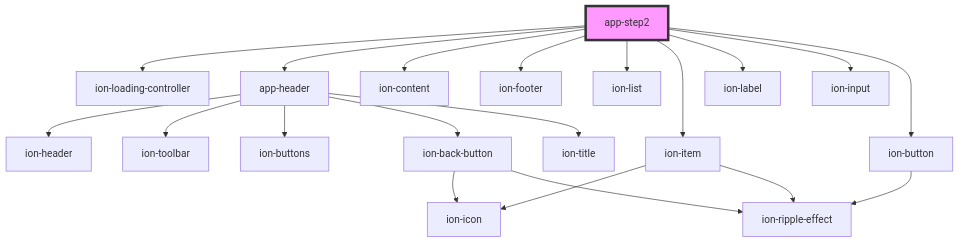
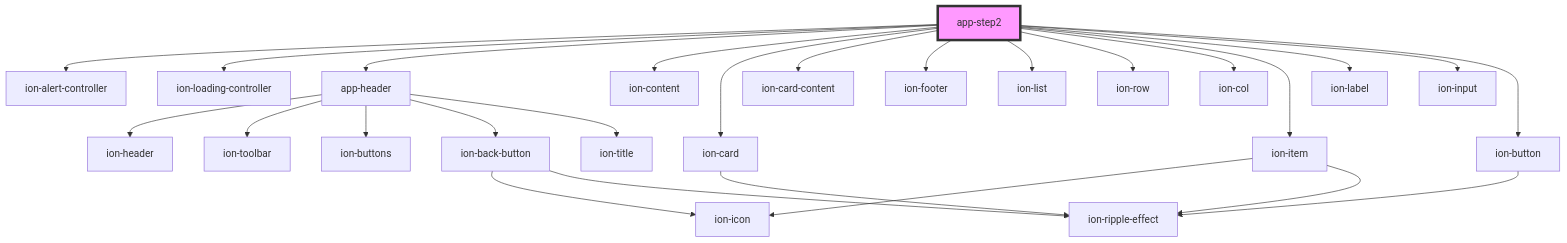
Before and after one commit to cuenca-mx/cuenca-shipping: the diagram in src/components/app-step2/readme.md, drawn with Mermaid. The commit also changed other lines of this file and 15 other files, not shown here.

````diff
--- a/src/components/app-step2/readme.md
+++ b/src/components/app-step2/readme.md
@@ -30,23 +37,29 @@
 ```mermaid
 graph TD;
+  app-step2 --> ion-alert-controller
   app-step2 --> ion-loading-controller
   app-step2 --> app-header
   app-step2 --> ion-content
+  app-step2 --> ion-card
+  app-step2 --> ion-card-content
   app-step2 --> ion-footer
   app-step2 --> ion-list
+  app-step2 --> ion-row
+  app-step2 --> ion-col
   app-step2 --> ion-item
   app-step2 --> ion-label
   app-step2 --> ion-input
   app-step2 --> ion-button
   app-header --> ion-header
   app-header --> ion-toolbar
   app-header --> ion-buttons
   app-header --> ion-back-button
   app-header --> ion-title
   ion-back-button --> ion-icon
   ion-back-button --> ion-ripple-effect
+  ion-card --> ion-ripple-effect
   ion-item --> ion-icon
   ion-item --> ion-ripple-effect
   ion-button --> ion-ripple-effect
   style app-step2 fill:#f9f,stroke:#333,stroke-width:4px
 ```
````
